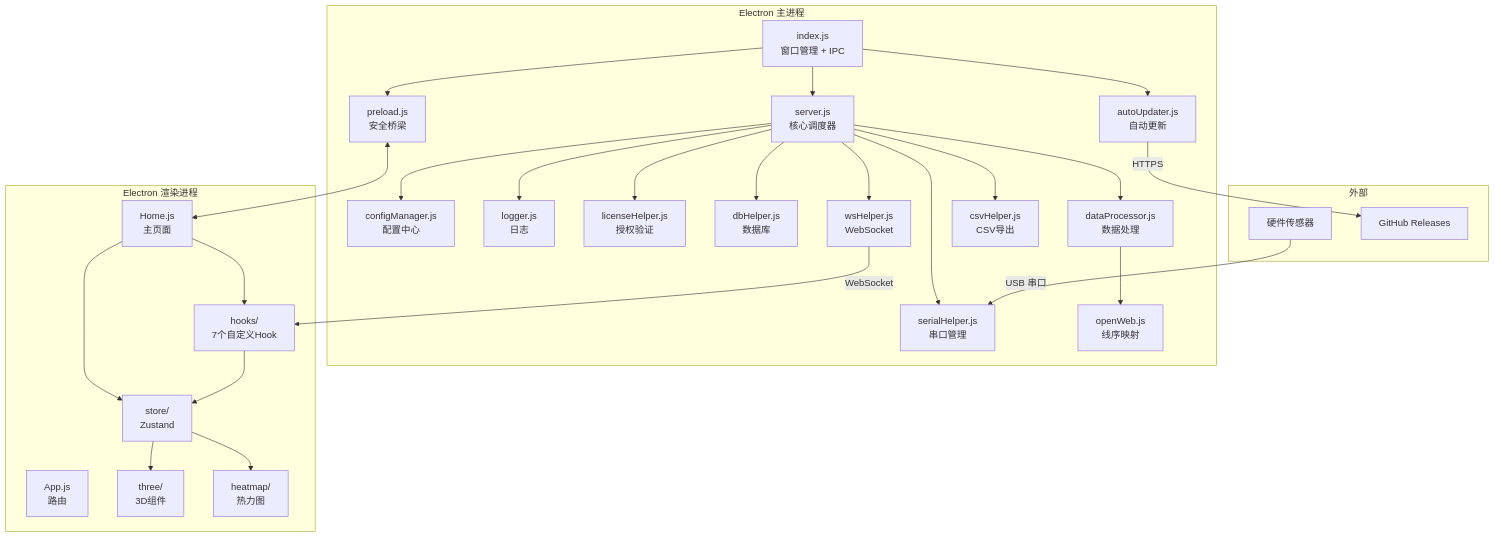
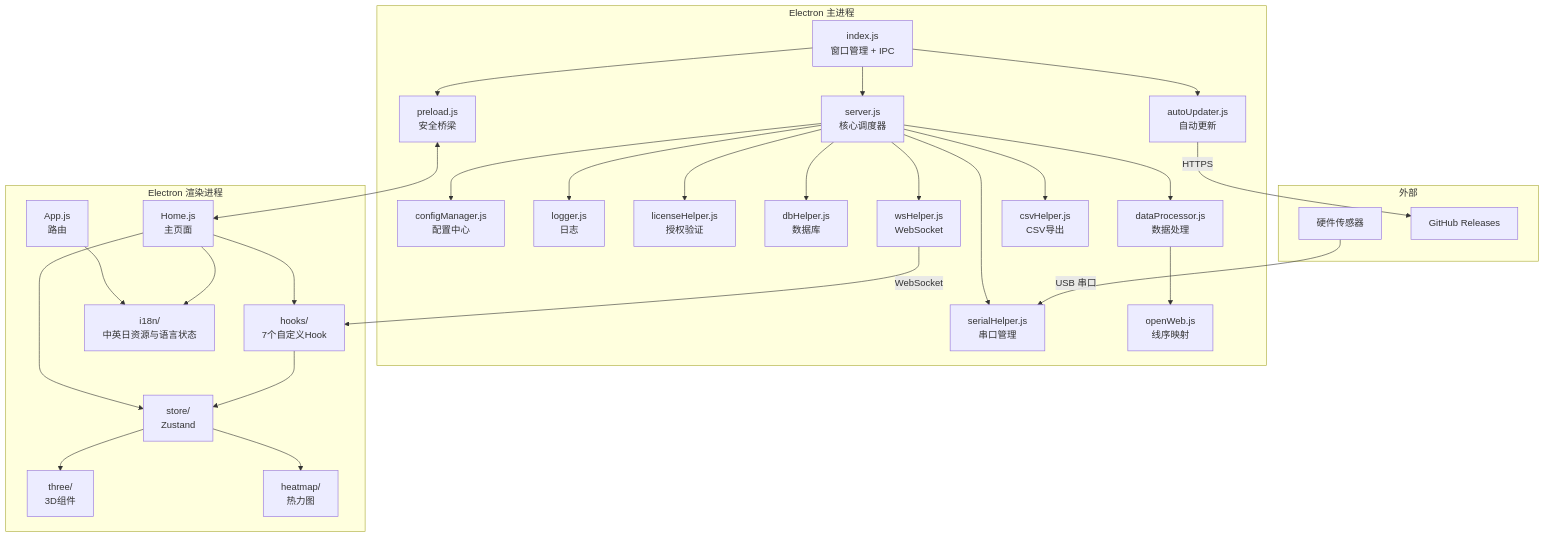
One commit to liudada118/shroom1.0 changed the diagram in ARCHITECTURE.md. Above: the diagram before and after it, drawn with Mermaid. The commit also changed other lines of this file and 44 other files, not shown here.

````diff
--- a/ARCHITECTURE.md
+++ b/ARCHITECTURE.md
@@ -167,56 +168,59 @@
 ```mermaid
 graph TD
     subgraph "Electron 主进程"
         INDEX["index.js<br/>窗口管理 + IPC"]
         PRELOAD["preload.js<br/>安全桥梁"]
         SERVER["server.js<br/>核心调度器"]
         CONFIG["configManager.js<br/>配置中心"]
         LOGGER["logger.js<br/>日志"]
         LICENSE["licenseHelper.js<br/>授权验证"]
         SERIAL["serialHelper.js<br/>串口管理"]
         DB["dbHelper.js<br/>数据库"]
         WS["wsHelper.js<br/>WebSocket"]
         DATA["dataProcessor.js<br/>数据处理"]
         CSV["csvHelper.js<br/>CSV导出"]
         UPDATE["autoUpdater.js<br/>自动更新"]
         OPENWEB["openWeb.js<br/>线序映射"]
     end
 
     subgraph "Electron 渲染进程"
         APP["App.js<br/>路由"]
         HOME["Home.js<br/>主页面"]
         HOOKS["hooks/<br/>7个自定义Hook"]
         STORE["store/<br/>Zustand"]
+        I18N["i18n/<br/>中英日资源与语言状态"]
         THREE["three/<br/>3D组件"]
         HEAT["heatmap/<br/>热力图"]
     end
 
     subgraph "外部"
         HW["硬件传感器"]
         GH["GitHub Releases"]
     end
 
     INDEX --> SERVER
     INDEX --> PRELOAD
     INDEX --> UPDATE
     SERVER --> CONFIG
     SERVER --> LOGGER
     SERVER --> LICENSE
     SERVER --> SERIAL
     SERVER --> DB
     SERVER --> WS
     SERVER --> DATA
     SERVER --> CSV
     DATA --> OPENWEB
 
     PRELOAD <--> HOME
+    APP --> I18N
+    HOME --> I18N
     HOME --> HOOKS
     HOME --> STORE
     HOOKS --> STORE
     STORE --> THREE
     STORE --> HEAT
 
     HW -- "USB 串口" --> SERIAL
     UPDATE -- "HTTPS" --> GH
     WS -- "WebSocket" --> HOOKS
 ```
````
